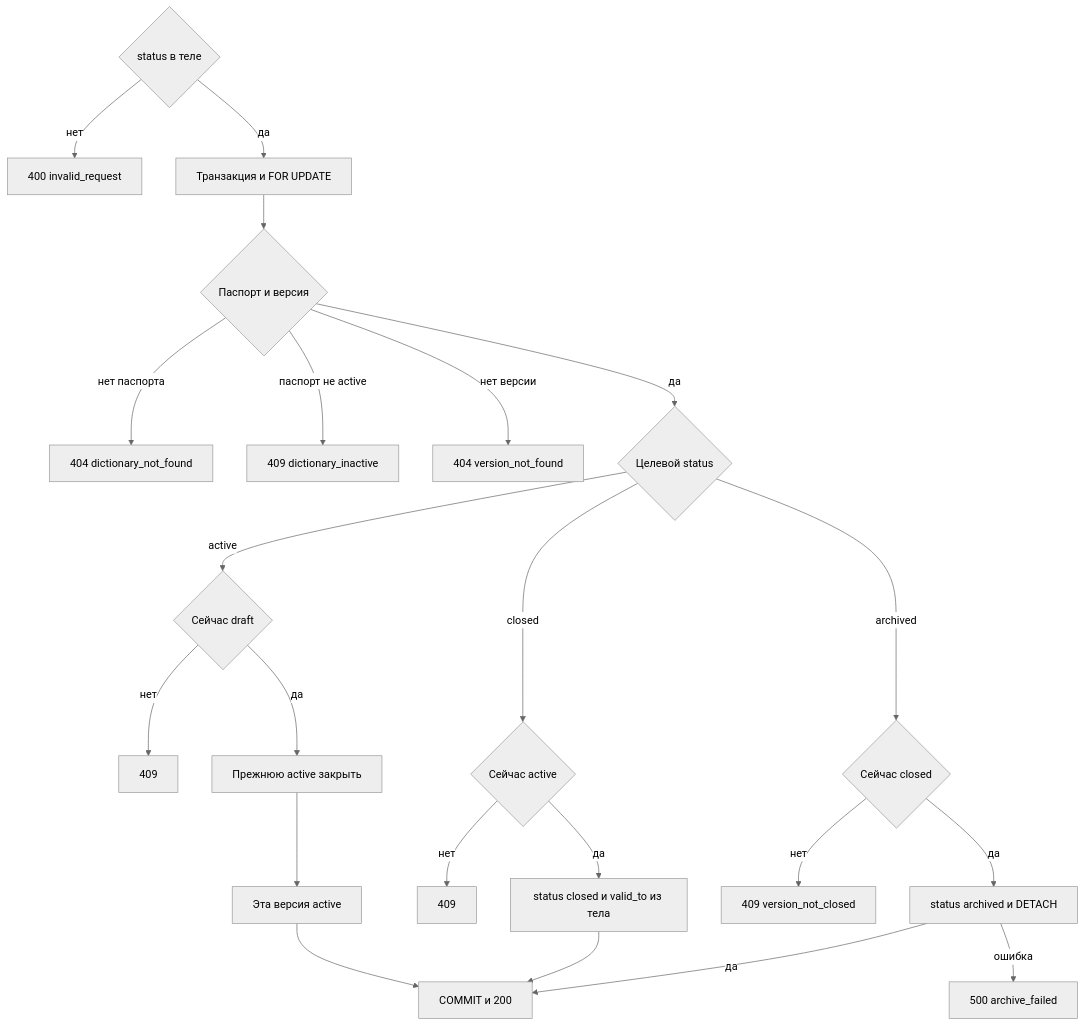
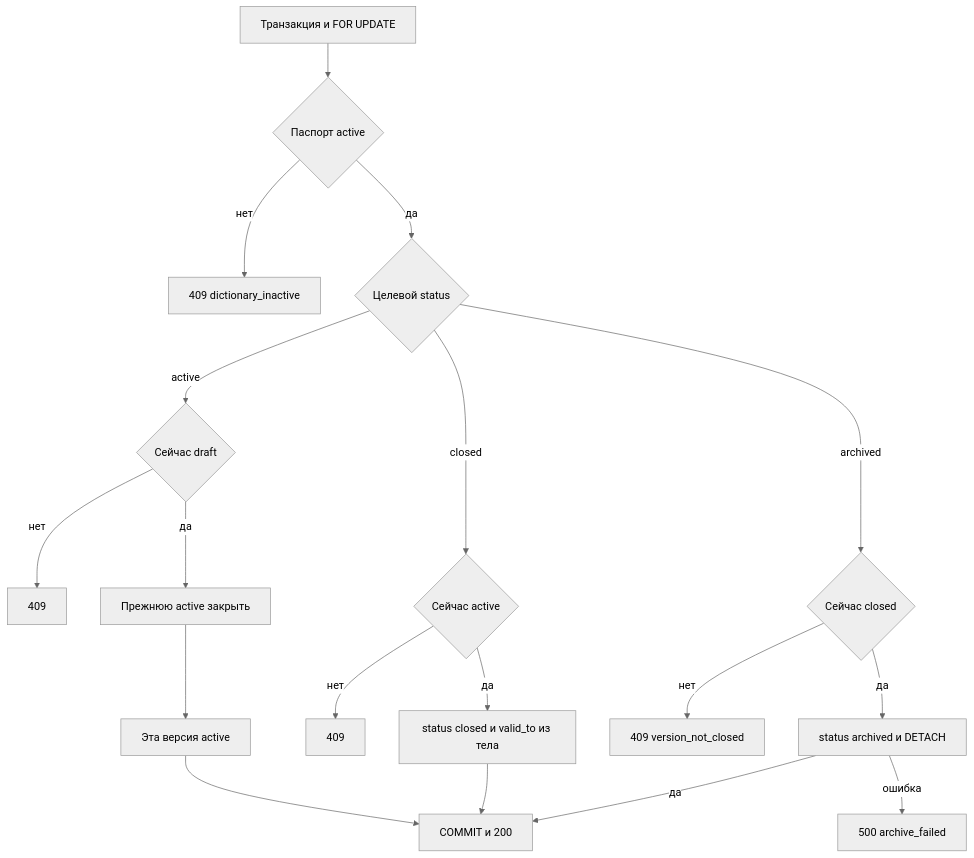
The diagram in docs/1. functional/v3/management.api/DataController/patch_version.md (StrannikE95/reference_data), drawn with Mermaid (neutral theme) before and after one commit. The commit also changed other lines of this file and 8 other files, not shown here.

````diff
--- a/docs/1. functional/v3/management.api/DataController/patch_version.md
+++ b/docs/1. functional/v3/management.api/DataController/patch_version.md
@@ -88,24 +100,20 @@
 ```mermaid
 flowchart TD
-  body{"status в теле"} -->|нет| bad["400 invalid_request"]
-  body -->|да| lock["Транзакция и FOR UPDATE"]
-  lock --> pas{"Паспорт и версия"}
-  pas -->|нет паспорта| d404["404 dictionary_not_found"]
-  pas -->|паспорт не active| ina["409 dictionary_inactive"]
-  pas -->|нет версии| v404["404 version_not_found"]
+  lock["Транзакция и FOR UPDATE"] --> pas{"Паспорт active"}
+  pas -->|нет| ina["409 dictionary_inactive"]
   pas -->|да| to{"Целевой status"}
   to -->|active| fromD{"Сейчас draft"}
   fromD -->|нет| d409["409"]
   fromD -->|да| close["Прежнюю active закрыть"]
   close --> act["Эта версия active"]
   to -->|closed| fromA{"Сейчас active"}
   fromA -->|нет| c409["409"]
   fromA -->|да| shut["status closed и valid_to из тела"]
   to -->|archived| fromC{"Сейчас closed"}
   fromC -->|нет| nc["409 version_not_closed"]
   fromC -->|да| det["status archived и DETACH"]
   det -->|ошибка| fail["500 archive_failed"]
   act --> ok["COMMIT и 200"]
   shut --> ok
   det -->|да| ok
 ```
````
